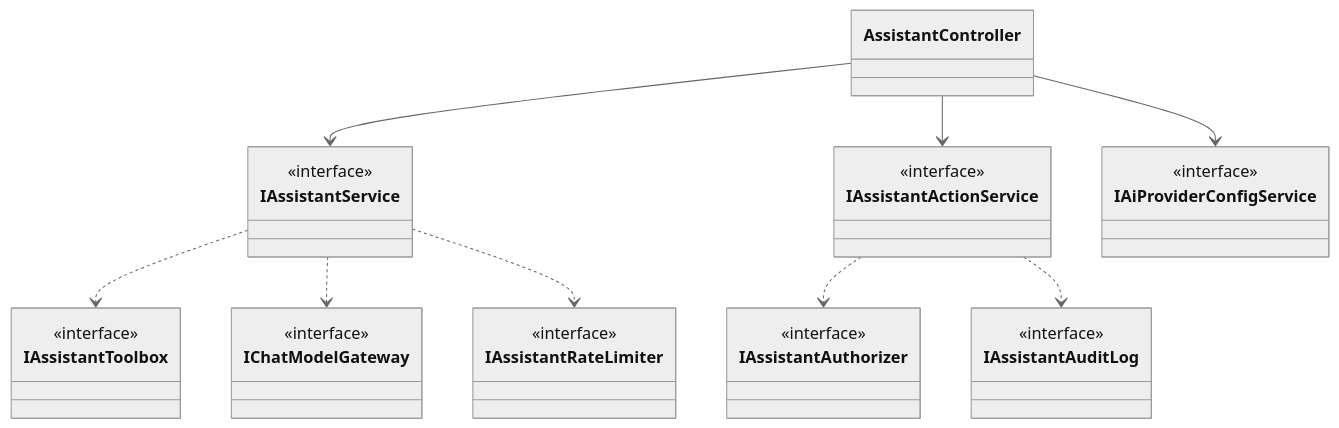
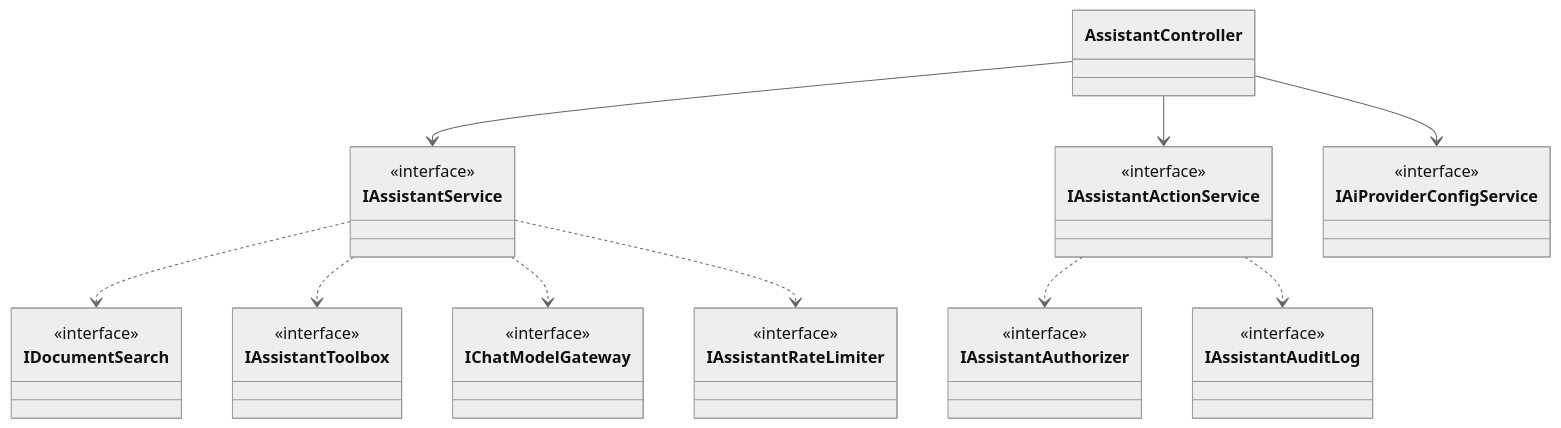
One commit to jojogeorge3344/TaskFlow-Project changed the first of 14 diagrams in TF - Documents/TF - LLD/08-TFA-Assistant/08.1-Assistant/LLD-Assistant.md. Above: the diagram before and after it, drawn with Mermaid (neutral theme). The commit also changed other lines of this file and 123 other files, not shown here.

````diff
--- a/TF - Documents/TF - LLD/08-TFA-Assistant/08.1-Assistant/LLD-Assistant.md
+++ b/TF - Documents/TF - LLD/08-TFA-Assistant/08.1-Assistant/LLD-Assistant.md
@@ -145,36 +167,40 @@
 ```mermaid
 classDiagram
   class AssistantController
   class IAssistantService {
     <<interface>>
   }
   class IAssistantActionService {
     <<interface>>
   }
   class IAiProviderConfigService {
     <<interface>>
   }
   class IAssistantToolbox {
     <<interface>>
   }
   class IChatModelGateway {
     <<interface>>
   }
   class IAssistantRateLimiter {
     <<interface>>
   }
   class IAssistantAuditLog {
     <<interface>>
   }
   class IAssistantAuthorizer {
     <<interface>>
   }
   AssistantController --> IAssistantService
   AssistantController --> IAssistantActionService
   AssistantController --> IAiProviderConfigService
+  class IDocumentSearch {
+    <<interface>>
+  }
+  IAssistantService ..> IDocumentSearch
   IAssistantService ..> IAssistantToolbox
   IAssistantService ..> IChatModelGateway
   IAssistantService ..> IAssistantRateLimiter
   IAssistantActionService ..> IAssistantAuthorizer
   IAssistantActionService ..> IAssistantAuditLog
 ```
````
